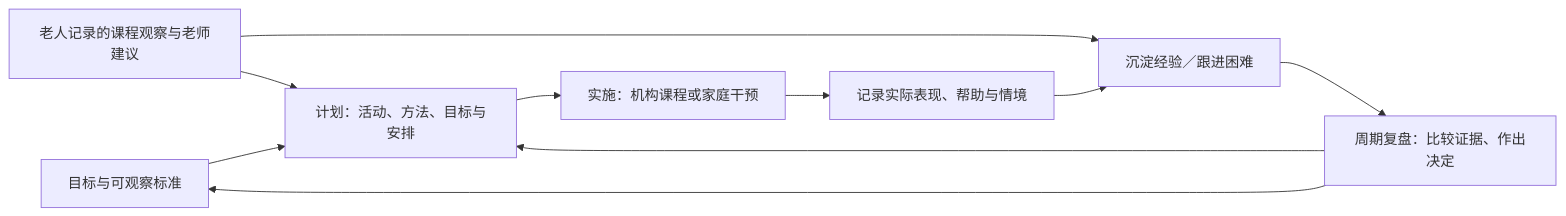
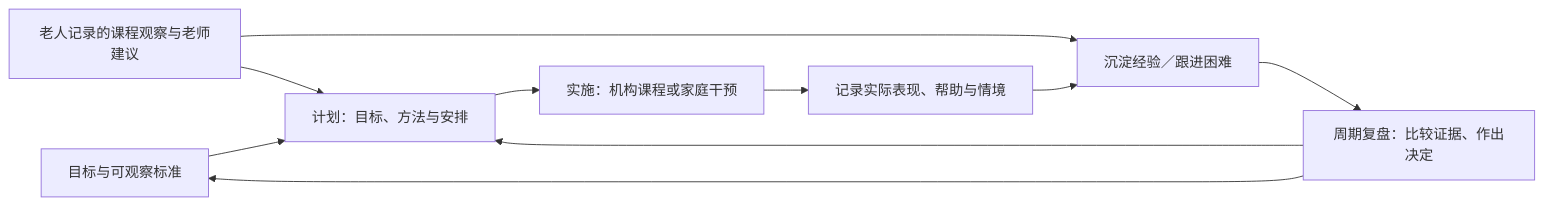
Before and after one commit to q9good/skarmar: the first of 2 diagrams in docs/prd-family-intervention.md, drawn with Mermaid. The commit also changed other lines of this file, not shown here.

````diff
--- a/docs/prd-family-intervention.md
+++ b/docs/prd-family-intervention.md
@@ -19,12 +23,12 @@
 ```mermaid
 flowchart LR
-  G[目标与可观察标准] --> P[计划：活动、方法、目标与安排]
+  G[目标与可观察标准] --> P[计划：目标、方法与安排]
   P --> D[实施：机构课程或家庭干预]
   D --> O[记录实际表现、帮助与情境]
   O --> K[沉淀经验／跟进困难]
   K --> R[周期复盘：比较证据、作出决定]
   R --> G
   R --> P
   L[老人记录的课程观察与老师建议] --> K
   L --> P
 ```
````
